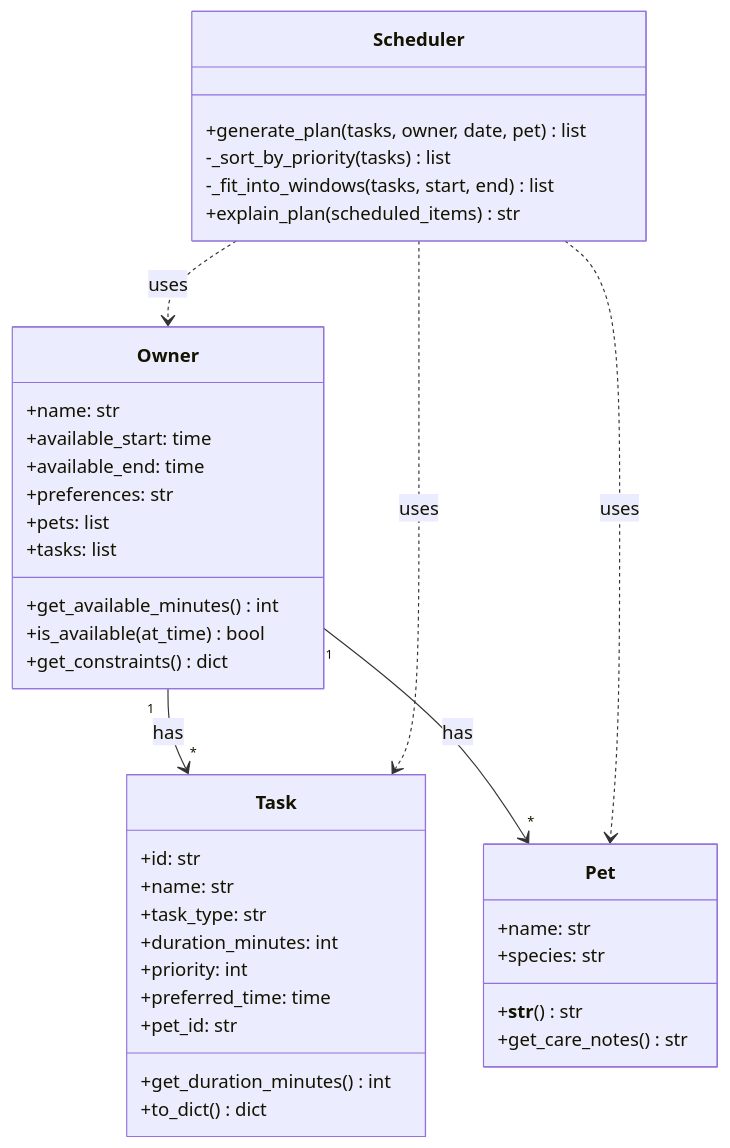
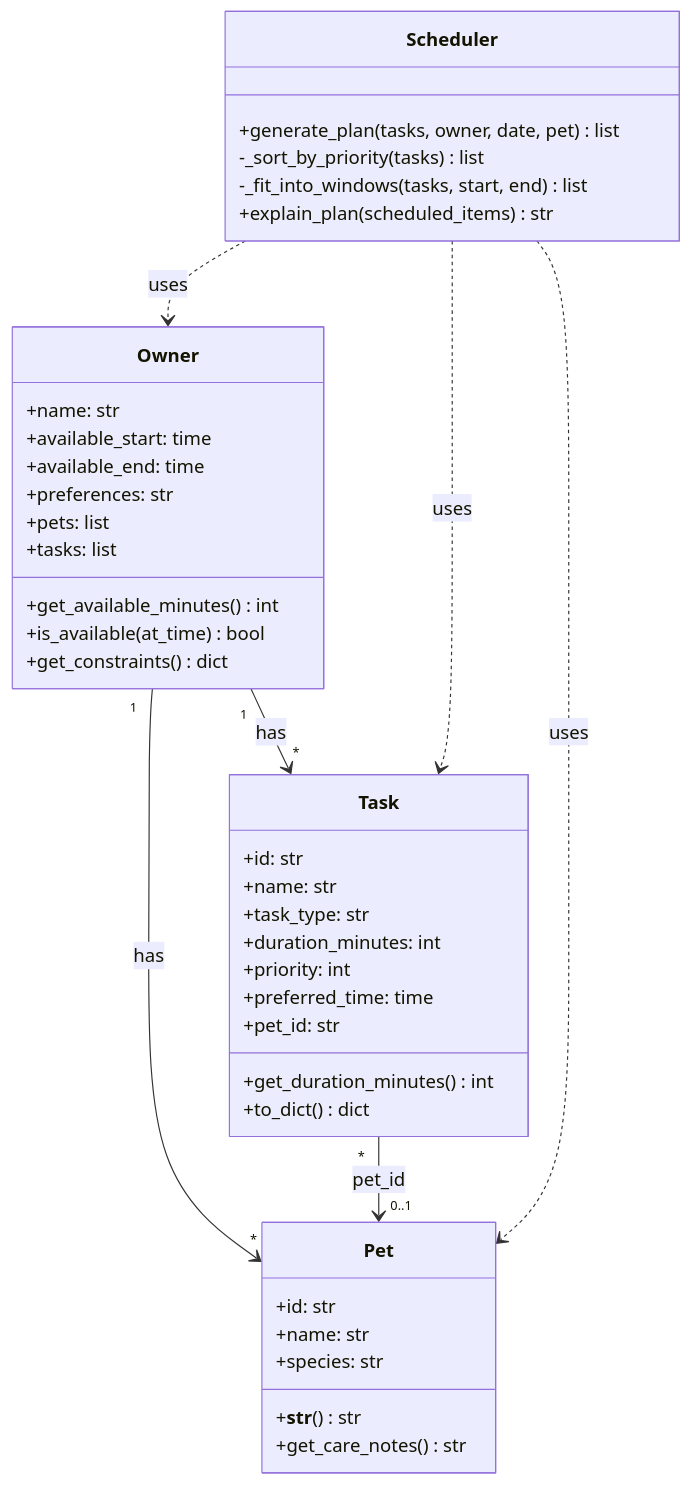
The diagram in class-diagram.md (xulinxi/ai110-module2show-pawpal-starter), drawn with Mermaid before and after one commit. The commit also changed 3 other files, not shown here.

First line of the commit message:
Update Pet class to include stable identifier and enhance Task-Pet relationship in documentation and diagrams

````diff
--- a/class-diagram.md
+++ b/class-diagram.md
@@ -5,46 +5,48 @@
 ```mermaid
 classDiagram
     class Owner {
         +name: str
         +available_start: time
         +available_end: time
         +preferences: str
         +pets: list
         +tasks: list
         +get_available_minutes() int
         +is_available(at_time) bool
         +get_constraints() dict
     }
 
     class Pet {
+        +id: str
         +name: str
         +species: str
         +__str__() str
         +get_care_notes() str
     }
 
     class Task {
         +id: str
         +name: str
         +task_type: str
         +duration_minutes: int
         +priority: int
         +preferred_time: time
         +pet_id: str
         +get_duration_minutes() int
         +to_dict() dict
     }
 
     class Scheduler {
         +generate_plan(tasks, owner, date, pet) list
         -_sort_by_priority(tasks) list
         -_fit_into_windows(tasks, start, end) list
         +explain_plan(scheduled_items) str
     }
 
     Owner "1" --> "*" Pet : has
     Owner "1" --> "*" Task : has
+    Task "*" --> "0..1" Pet : pet_id
     Scheduler ..> Task : uses
     Scheduler ..> Owner : uses
     Scheduler ..> Pet : uses
 ```
````
